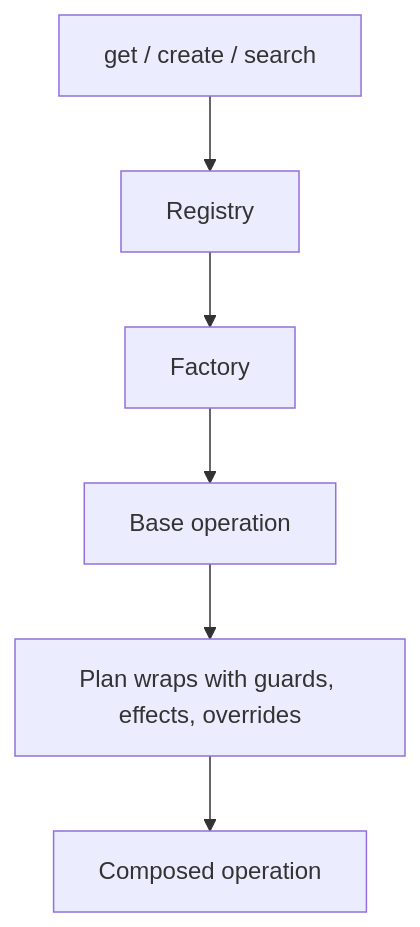
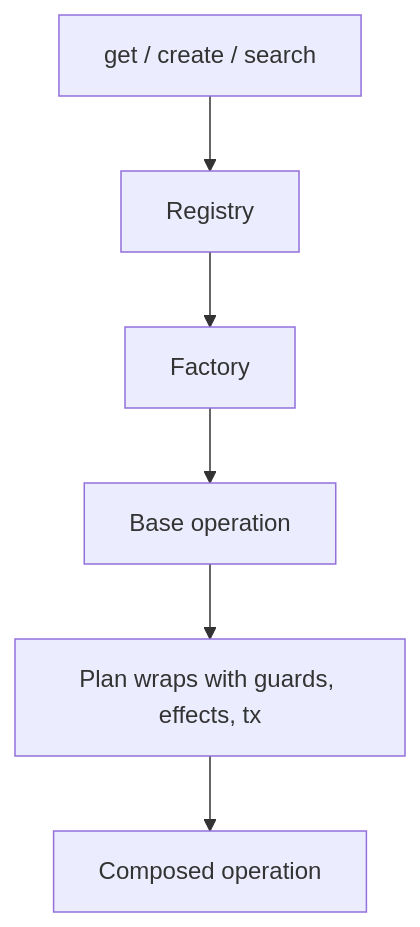
Before and after one commit to morzecrew/forze: the sixth of 7 diagrams in docs/CORE_CONCEPTS.md, drawn with Mermaid. The commit also changed other lines of this file, not shown here.

````diff
--- a/docs/CORE_CONCEPTS.md
+++ b/docs/CORE_CONCEPTS.md
@@ -166,16 +166,16 @@
 ```mermaid
 ---
 config:
   flowchart:
     subGraphTitleMargin:
       top: 10
       bottom: 30
 ---
 flowchart TB
     names["get / create / search"]
     names --> Registry["Registry"]
     Registry --> Factory["Factory"]
     Factory --> Base["Base operation"]
-    Base --> Plan["Plan wraps with guards, effects, overrides"]
+    Base --> Plan["Plan wraps with guards, effects, tx"]
     Plan --> Composed["Composed operation"]
 ```
````
